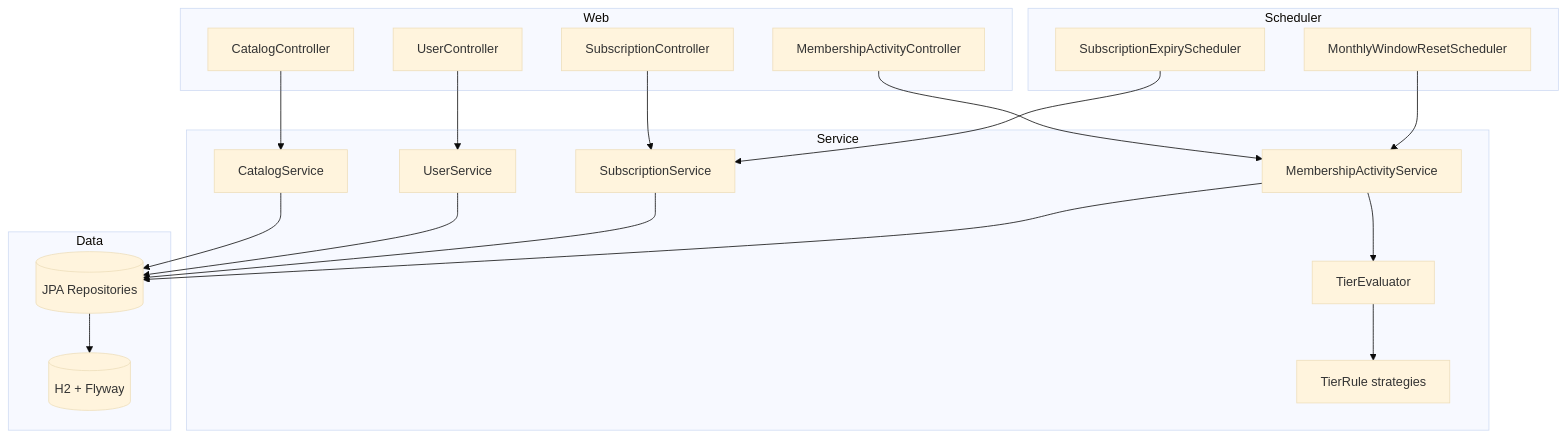
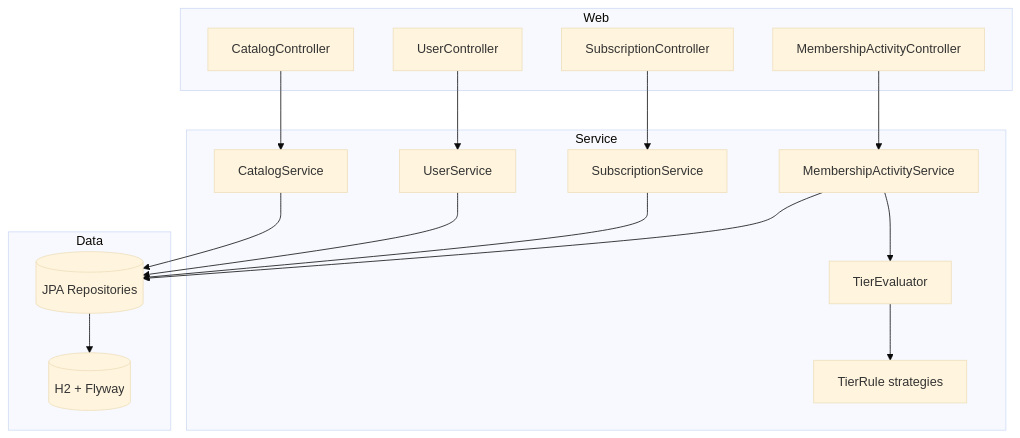
Before and after one commit to agrawal101/FirstClub_assignment: the second of 2 diagrams in README.md, drawn with Mermaid (base theme). The commit also changed other lines of this file and 5 other files, not shown here.

````diff
--- a/README.md
+++ b/README.md
@@ -76,39 +117,33 @@
 ```mermaid
 flowchart TD
     subgraph Web
         CC[CatalogController]
         UC[UserController]
         SC[SubscriptionController]
         AC[MembershipActivityController]
     end
     subgraph Service
         CS[CatalogService]
         US[UserService]
         SS[SubscriptionService]
         AS[MembershipActivityService]
         TE[TierEvaluator]
         TR1[TierRule strategies]
     end
-    subgraph Scheduler
-        EXP[SubscriptionExpiryScheduler]
-        WIN[MonthlyWindowResetScheduler]
-    end
     subgraph Data
         REPO[(JPA Repositories)]
         DB[(H2 + Flyway)]
     end
 
     CC --> CS
     UC --> US
     SC --> SS
     AC --> AS
     AS --> TE
     TE --> TR1
-    EXP --> SS
-    WIN --> AS
     CS --> REPO
     US --> REPO
     SS --> REPO
     AS --> REPO
     REPO --> DB
 ```
````
